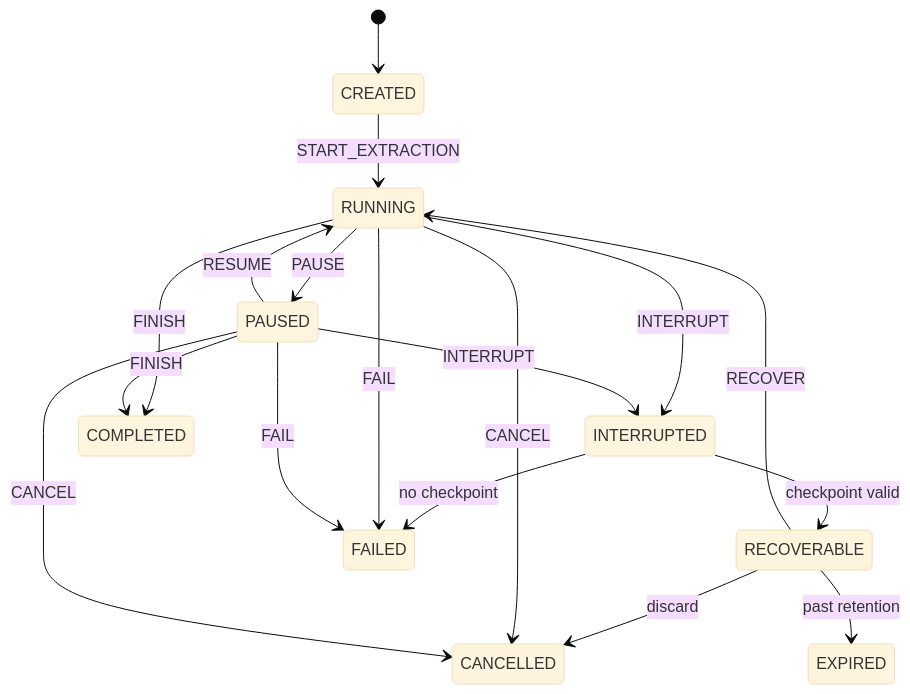
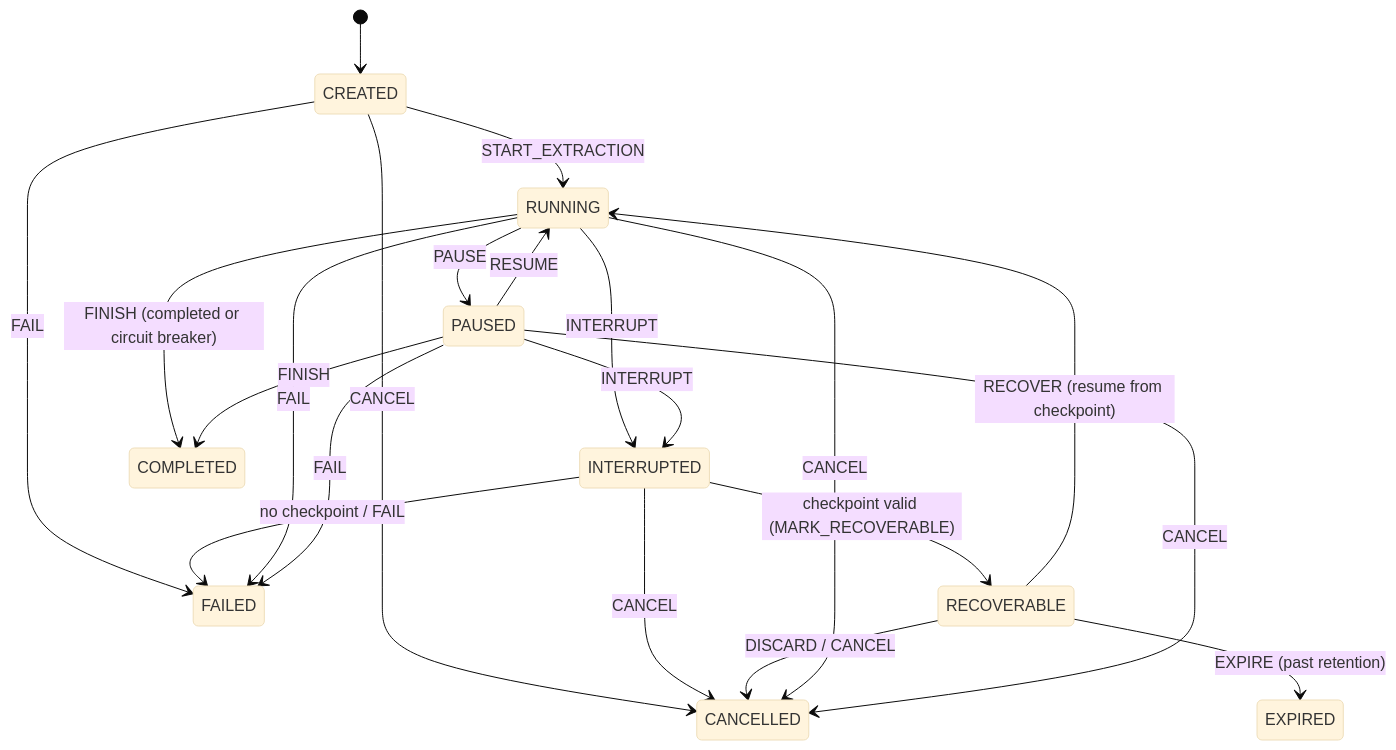
One commit to Pawan-pv/pageharvest changed the fourth of 4 diagrams in docs/ARCHITECTURE.md. Above: the diagram before and after it, drawn with Mermaid (base theme). The commit also changed other lines of this file and 5 other files, not shown here.

Commit message:
docs: sync architectural docs and add clean original store showcase fixture (S9, N4)

````diff
--- a/docs/ARCHITECTURE.md
+++ b/docs/ARCHITECTURE.md
@@ -215,20 +215,23 @@
 ```mermaid
 stateDiagram-v2
     [*] --> CREATED
     CREATED --> RUNNING: START_EXTRACTION
+    CREATED --> CANCELLED: CANCEL
+    CREATED --> FAILED: FAIL
     RUNNING --> PAUSED: PAUSE
     PAUSED --> RUNNING: RESUME
     RUNNING --> INTERRUPTED: INTERRUPT
     PAUSED --> INTERRUPTED: INTERRUPT
-    INTERRUPTED --> RECOVERABLE: checkpoint valid
-    INTERRUPTED --> FAILED: no checkpoint
-    RECOVERABLE --> RUNNING: RECOVER
-    RECOVERABLE --> CANCELLED: discard
-    RECOVERABLE --> EXPIRED: past retention
-    RUNNING --> COMPLETED: FINISH
+    INTERRUPTED --> RECOVERABLE: checkpoint valid (MARK_RECOVERABLE)
+    INTERRUPTED --> FAILED: no checkpoint / FAIL
+    INTERRUPTED --> CANCELLED: CANCEL
+    RECOVERABLE --> RUNNING: RECOVER (resume from checkpoint)
+    RECOVERABLE --> CANCELLED: DISCARD / CANCEL
+    RECOVERABLE --> EXPIRED: EXPIRE (past retention)
+    RUNNING --> COMPLETED: FINISH (completed or circuit breaker)
     PAUSED --> COMPLETED: FINISH
     RUNNING --> CANCELLED: CANCEL
     PAUSED --> CANCELLED: CANCEL
     RUNNING --> FAILED: FAIL
     PAUSED --> FAILED: FAIL
 ```
````
